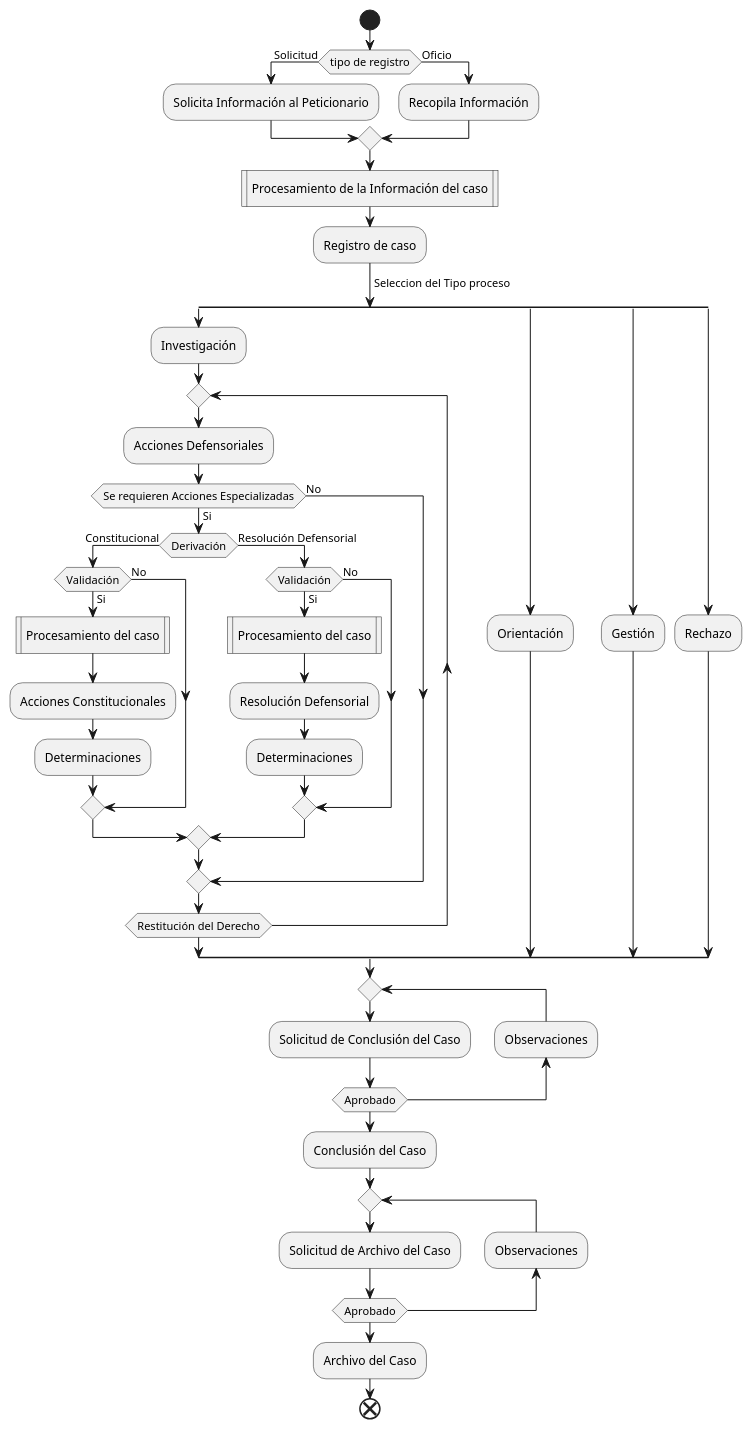
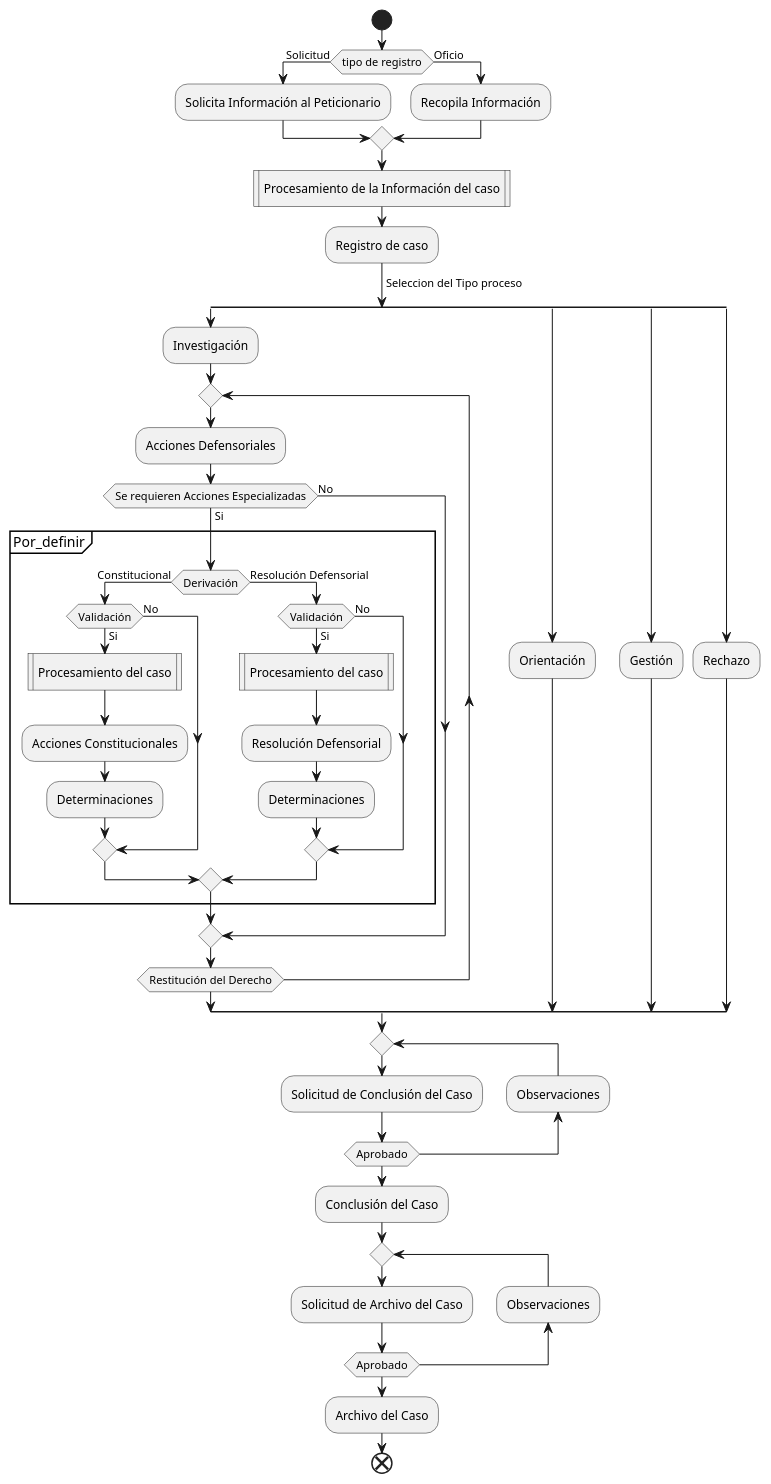
One commit to n1m0d0/defdiag changed the diagram in flujo del sistema.plantuml. Above: the diagram before and after it, drawn with PlantUML. The commit also changed 21 other files, not shown here.

Commit message:
diagramas validados estado de situacion y diagramas de propuesta

```diff
--- a/flujo del sistema.plantuml
+++ b/flujo del sistema.plantuml
@@ -1,52 +1,54 @@
 @startuml flujo del sistema
 start
 if (tipo de registro) then(Solicitud)
   :Solicita Información al Peticionario;
 else (Oficio)
   :Recopila Información;
 endif
 :Procesamiento de la Información del caso|
 :Registro de caso;
 -> Seleccion del Tipo proceso;
 split
   :Investigación;
   repeat
-  :Acciones Defensoriales;
-  if (Se requieren Acciones Especializadas) then (Si)
-    if(Derivación) then (Constitucional)
-      if(Validación) then (Si)
-        :Procesamiento del caso|
-        :Acciones Constitucionales;
-        :Determinaciones;
-      else (No)
-      endif
-    else (Resolución Defensorial)
-      if(Validación) then (Si)
-        :Procesamiento del caso|
-        :Resolución Defensorial;
-        :Determinaciones;
-      else (No)
-      endif
+    :Acciones Defensoriales;
+    if (Se requieren Acciones Especializadas) then (Si)
+      partition Por_definir {
+        if(Derivación) then (Constitucional)
+          if(Validación) then (Si)
+            :Procesamiento del caso|
+            :Acciones Constitucionales;
+            :Determinaciones;
+          else (No)
+          endif
+        else (Resolución Defensorial)
+          if(Validación) then (Si)
+            :Procesamiento del caso|
+            :Resolución Defensorial;
+            :Determinaciones;
+          else (No)
+          endif
+        endif
+      }
+    else (No)
     endif
-  else (No)
-  endif
-repeat while (Restitución del Derecho)
+  repeat while (Restitución del Derecho)
 split again
   :Orientación;
 split again
   :Gestión;
 split again
   :Rechazo;
 end split
 repeat
   :Solicitud de Conclusión del Caso;
   backward:Observaciones;
 repeat while (Aprobado)
 :Conclusión del Caso;
 repeat
   :Solicitud de Archivo del Caso;
   backward:Observaciones;
 repeat while (Aprobado)
 :Archivo del Caso;
 end
 @enduml
```
